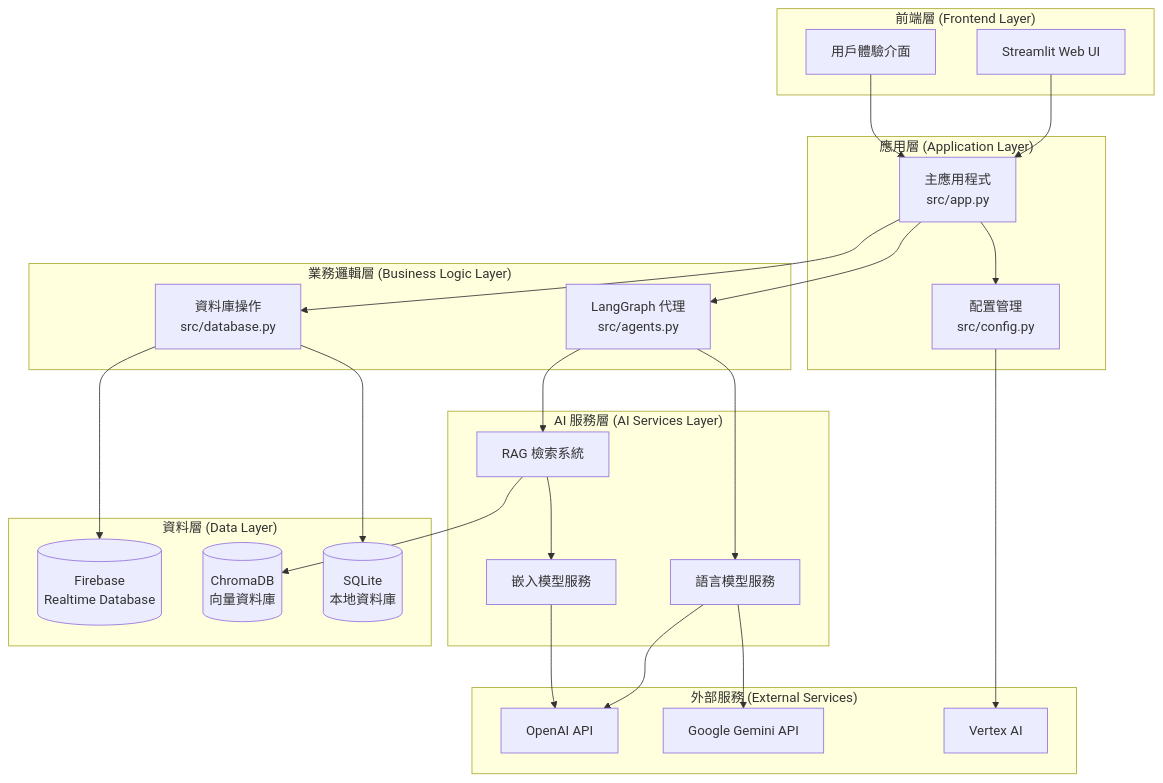
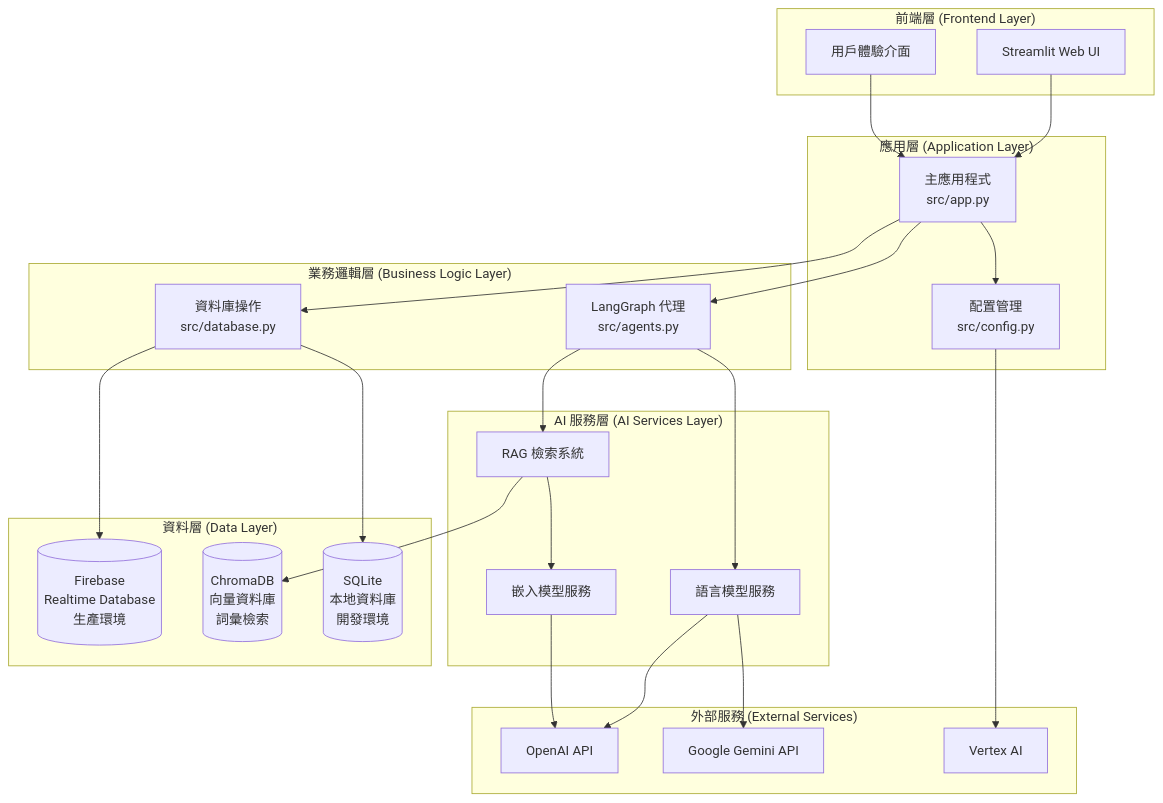
The first of 6 diagrams in docs/architecture.md (ianadvances/ad-vocab-voyage), drawn with Mermaid before and after one commit. The commit also changed other lines of this file and 4 other files, not shown here.

````diff
--- a/docs/architecture.md
+++ b/docs/architecture.md
@@ -21,54 +21,54 @@
 ```mermaid
 graph TB
     subgraph "前端層 (Frontend Layer)"
         UI[Streamlit Web UI]
         UX[用戶體驗介面]
     end
     
     subgraph "應用層 (Application Layer)"
         APP[主應用程式<br/>src/app.py]
         CONFIG[配置管理<br/>src/config.py]
     end
     
     subgraph "業務邏輯層 (Business Logic Layer)"
         AGENT[LangGraph 代理<br/>src/agents.py]
         DB[資料庫操作<br/>src/database.py]
     end
     
     subgraph "AI 服務層 (AI Services Layer)"
         LLM[語言模型服務]
         EMBED[嵌入模型服務]
         RAG[RAG 檢索系統]
     end
     
     subgraph "資料層 (Data Layer)"
-        FIREBASE[(Firebase<br/>Realtime Database)]
-        CHROMA[(ChromaDB<br/>向量資料庫)]
-        SQLITE[(SQLite<br/>本地資料庫)]
+        FIREBASE[(Firebase<br/>Realtime Database<br/>生產環境)]
+        CHROMA[(ChromaDB<br/>向量資料庫<br/>詞彙檢索)]
+        SQLITE[(SQLite<br/>本地資料庫<br/>開發環境)]
     end
     
     subgraph "外部服務 (External Services)"
         OPENAI[OpenAI API]
         GEMINI[Google Gemini API]
         VERTEX[Vertex AI]
     end
     
     UI --> APP
     UX --> APP
     APP --> CONFIG
     APP --> AGENT
     APP --> DB
     
     AGENT --> LLM
     AGENT --> RAG
     DB --> FIREBASE
     
     LLM --> OPENAI
     LLM --> GEMINI
     EMBED --> OPENAI
     RAG --> CHROMA
     RAG --> EMBED
     
     DB --> SQLITE
     CONFIG --> VERTEX
 ```
````
